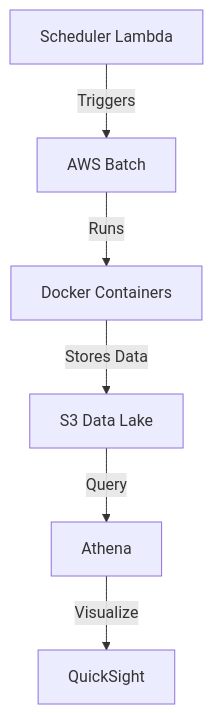
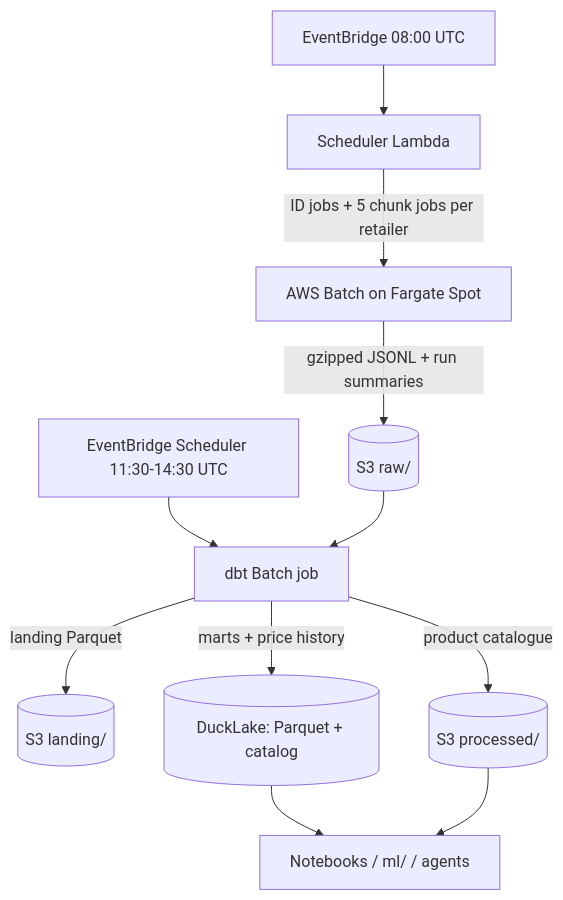
Before and after one commit to MBMB54/supermarket_scraping: the diagram in README.md, drawn with Mermaid. The commit also changed other lines of this file and 5 other files, not shown here.

````diff
--- a/README.md
+++ b/README.md
@@ -18,8 +12,13 @@
 ```mermaid
 graph TD
-    A[Scheduler Lambda] -->|Triggers| B[AWS Batch]
-    B -->|Runs| C[Docker Containers]
-    C -->|Stores Data| D[S3 Data Lake]
-    D -->|Query| E[Athena]
-    E -->|Visualize| F[QuickSight]
+    E[EventBridge 08:00 UTC] --> L[Scheduler Lambda]
+    L -->|ID jobs + 5 chunk jobs per retailer| B[AWS Batch on Fargate Spot]
+    B -->|gzipped JSONL + run summaries| R[(S3 raw/)]
+    S[EventBridge Scheduler 11:30-14:30 UTC] --> D[dbt Batch job]
+    R --> D
+    D -->|landing Parquet| LA[(S3 landing/)]
+    D -->|marts + price history| K[(DuckLake: Parquet + catalog)]
+    D -->|product catalogue| P[(S3 processed/)]
+    K --> N[Notebooks / ml/ / agents]
+    P --> N
 ```
````
